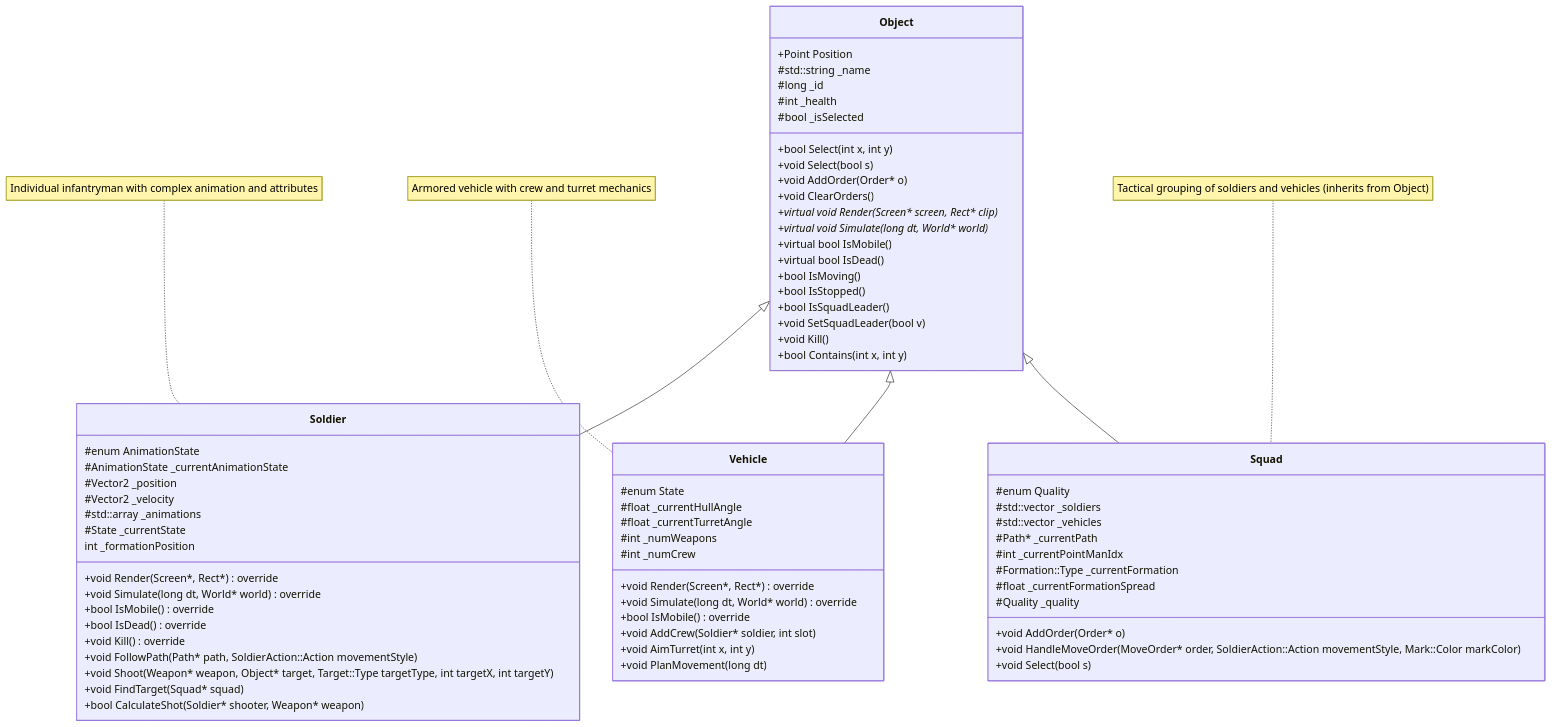
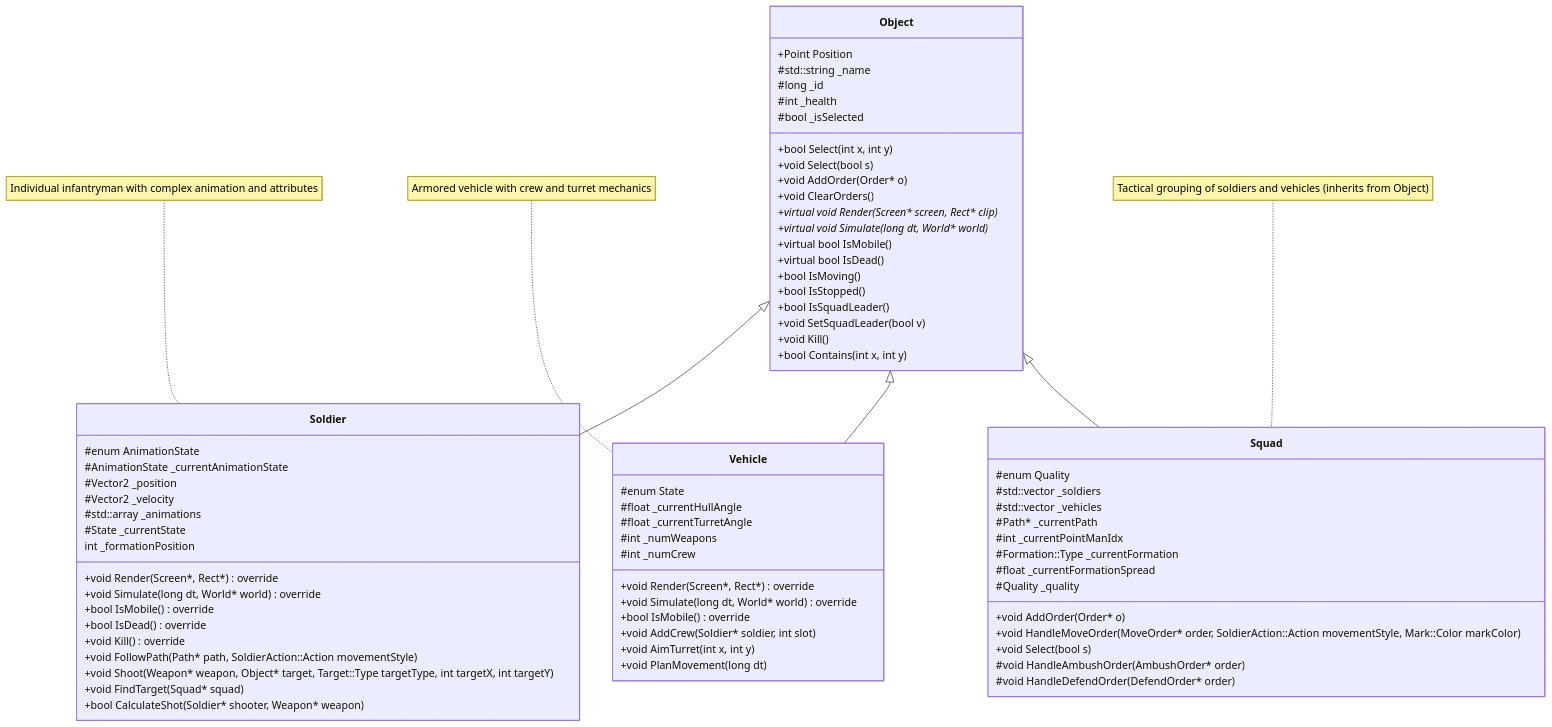
The first of 5 diagrams in docs/chapters/02-object-system.md (jukofyork/OpenCombat-SDL), drawn with Mermaid before and after one commit. The commit also changed other lines of this file and 8 other files, not shown here.

````diff
--- a/docs/chapters/02-object-system.md
+++ b/docs/chapters/02-object-system.md
@@ -53,79 +53,81 @@
 ```mermaid
 classDiagram
     class Object {
         +Point Position
         +bool Select(int x, int y)
         +void Select(bool s)
         +void AddOrder(Order* o)
         +void ClearOrders()
         +virtual void Render(Screen* screen, Rect* clip)*
         +virtual void Simulate(long dt, World* world)*
         +virtual bool IsMobile()
         +virtual bool IsDead()
         +bool IsMoving()
         +bool IsStopped()
         +bool IsSquadLeader()
         +void SetSquadLeader(bool v)
         +void Kill()
         +bool Contains(int x, int y)
         #std::string _name
         #long _id
         #int _health
         #bool _isSelected
     }
     
     class Soldier {
         +void Render(Screen*, Rect*) override
         +void Simulate(long dt, World* world) override
         +bool IsMobile() override
         +bool IsDead() override
         +void Kill() override
         +void FollowPath(Path* path, SoldierAction::Action movementStyle)
         +void Shoot(Weapon* weapon, Object* target, Target::Type targetType, int targetX, int targetY)
         +void FindTarget(Squad* squad)
         +bool CalculateShot(Soldier* shooter, Weapon* weapon)
         #enum AnimationState
         #AnimationState _currentAnimationState
         #Vector2 _position
         #Vector2 _velocity
         #std::array<Animation*, NumStates> _animations
         #State _currentState
         int _formationPosition
     }
     
     class Vehicle {
         +void Render(Screen*, Rect*) override
         +void Simulate(long dt, World* world) override
         +bool IsMobile() override
         +void AddCrew(Soldier* soldier, int slot)
         +void AimTurret(int x, int y)
         +void PlanMovement(long dt)
         #enum State
         #float _currentHullAngle
         #float _currentTurretAngle
         #int _numWeapons
         #int _numCrew
     }
     
     class Squad {
         +void AddOrder(Order* o)
         +void HandleMoveOrder(MoveOrder* order, SoldierAction::Action movementStyle, Mark::Color markColor)
         +void Select(bool s)
+        #void HandleAmbushOrder(AmbushOrder* order)
+        #void HandleDefendOrder(DefendOrder* order)
         #enum Quality
         #std::vector<Soldier*> _soldiers
         #std::vector<Vehicle*> _vehicles
         #Path* _currentPath
         #int _currentPointManIdx
         #Formation::Type _currentFormation
         #float _currentFormationSpread
         #Quality _quality
     }
     
     Object <|-- Soldier
     Object <|-- Vehicle
     Object <|-- Squad
     
     note for Soldier "Individual infantryman with complex animation and attributes"
     note for Vehicle "Armored vehicle with crew and turret mechanics"
     note for Squad "Tactical grouping of soldiers and vehicles (inherits from Object)"
 ```
````
